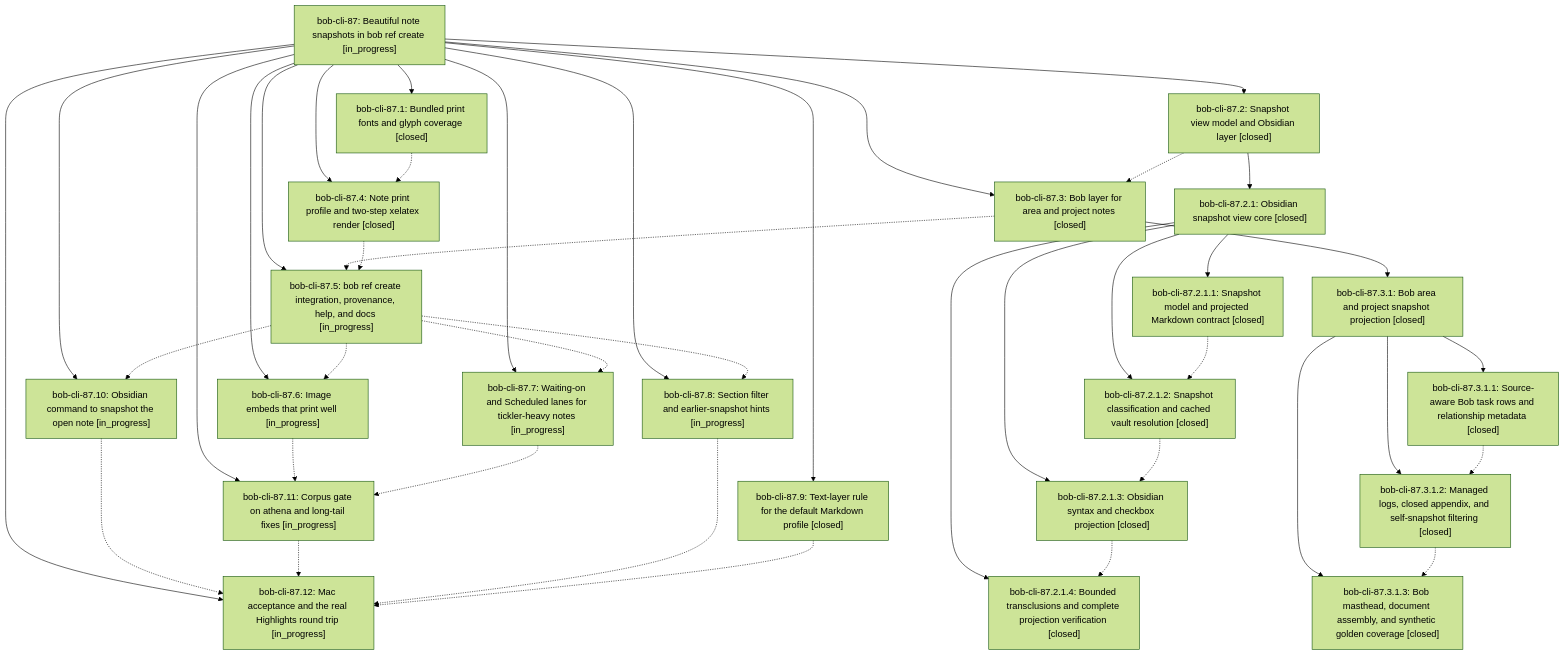
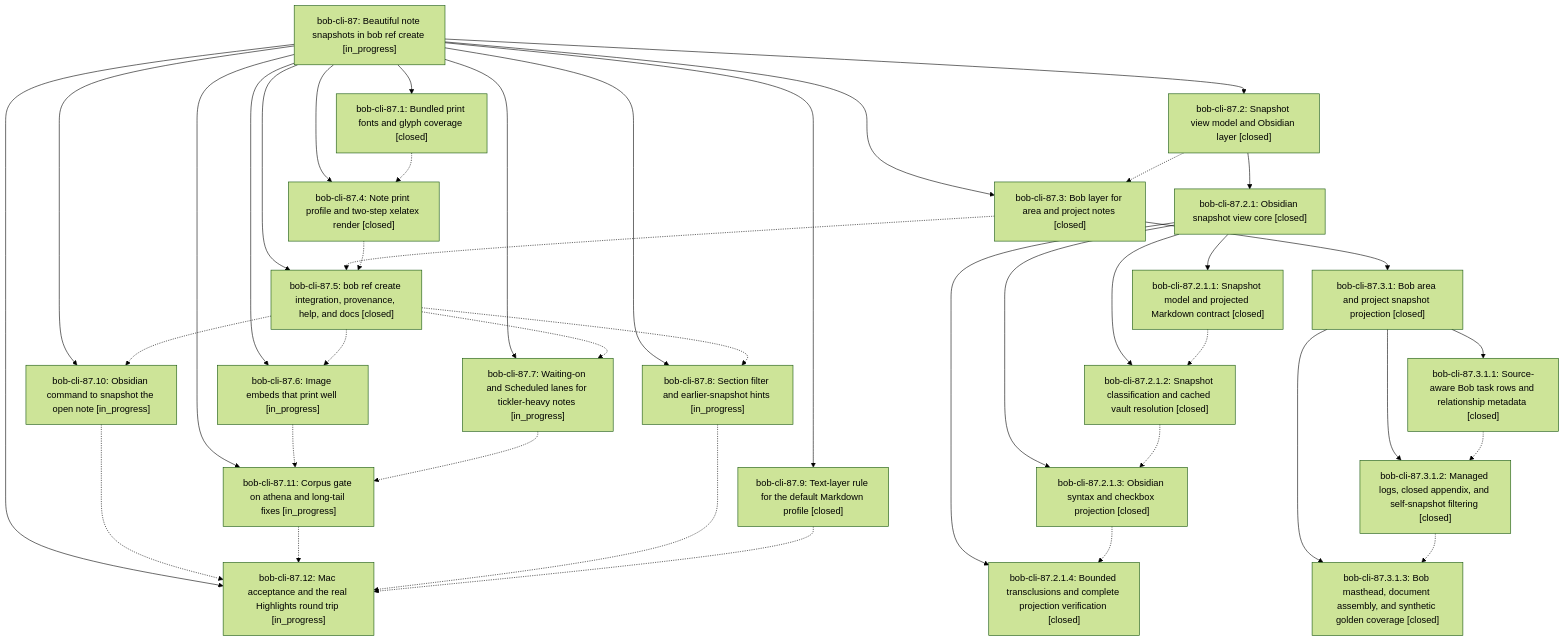
The diagram in pages/bob-cli-87/README.md (bobs-org/bob-cli--beads), drawn with Mermaid (forest theme) before and after one commit. The commit also changed other lines of this file and 8 other files, not shown here.

First line of the commit message:
chore(beads): sync bead state and pages for bob-cli-87

````diff
--- a/pages/bob-cli-87/README.md
+++ b/pages/bob-cli-87/README.md
@@ -53,65 +55,65 @@
 ```mermaid
 flowchart TD
     n0["bob-cli-87: Beautiful note snapshots in bob ref create [in_progress]"]
     n1["bob-cli-87.1: Bundled print fonts and glyph coverage [closed]"]
     n2["bob-cli-87.10: Obsidian command to snapshot the open note [in_progress]"]
     n3["bob-cli-87.11: Corpus gate on athena and long-tail fixes [in_progress]"]
     n4["bob-cli-87.12: Mac acceptance and the real Highlights round trip [in_progress]"]
     n5["bob-cli-87.2: Snapshot view model and Obsidian layer [closed]"]
     n6["bob-cli-87.2.1: Obsidian snapshot view core [closed]"]
     n7["bob-cli-87.2.1.1: Snapshot model and projected Markdown contract [closed]"]
     n8["bob-cli-87.2.1.2: Snapshot classification and cached vault resolution [closed]"]
     n9["bob-cli-87.2.1.3: Obsidian syntax and checkbox projection [closed]"]
     n10["bob-cli-87.2.1.4: Bounded transclusions and complete projection verification [closed]"]
     n11["bob-cli-87.3: Bob layer for area and project notes [closed]"]
     n12["bob-cli-87.3.1: Bob area and project snapshot projection [closed]"]
     n13["bob-cli-87.3.1.1: Source-aware Bob task rows and relationship metadata [closed]"]
     n14["bob-cli-87.3.1.2: Managed logs, closed appendix, and self-snapshot filtering [closed]"]
     n15["bob-cli-87.3.1.3: Bob masthead, document assembly, and synthetic golden coverage [closed]"]
     n16["bob-cli-87.4: Note print profile and two-step xelatex render [closed]"]
-    n17["bob-cli-87.5: bob ref create integration, provenance, help, and docs [in_progress]"]
+    n17["bob-cli-87.5: bob ref create integration, provenance, help, and docs [closed]"]
     n18["bob-cli-87.6: Image embeds that print well [in_progress]"]
     n19["bob-cli-87.7: Waiting-on and Scheduled lanes for tickler-heavy notes [in_progress]"]
     n20["bob-cli-87.8: Section filter and earlier-snapshot hints [in_progress]"]
     n21["bob-cli-87.9: Text-layer rule for the default Markdown profile [closed]"]
     n0 --> n1
     n0 --> n2
     n0 --> n3
     n0 --> n4
     n0 --> n5
     n5 --> n6
     n6 --> n7
     n6 --> n8
     n6 --> n9
     n6 --> n10
     n0 --> n11
     n11 --> n12
     n12 --> n13
     n12 --> n14
     n12 --> n15
     n0 --> n16
     n0 --> n17
     n0 --> n18
     n0 --> n19
     n0 --> n20
     n0 --> n21
     n1 -.-> n16
     n2 -.-> n4
     n3 -.-> n4
     n5 -.-> n11
     n7 -.-> n8
     n8 -.-> n9
     n9 -.-> n10
     n11 -.-> n17
     n13 -.-> n14
     n14 -.-> n15
     n16 -.-> n17
     n17 -.-> n2
     n17 -.-> n18
     n17 -.-> n19
     n17 -.-> n20
     n18 -.-> n3
     n19 -.-> n3
     n20 -.-> n4
     n21 -.-> n4
 ```
````
